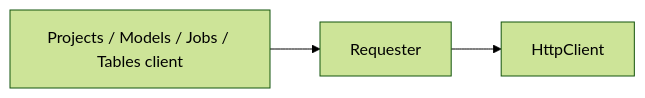
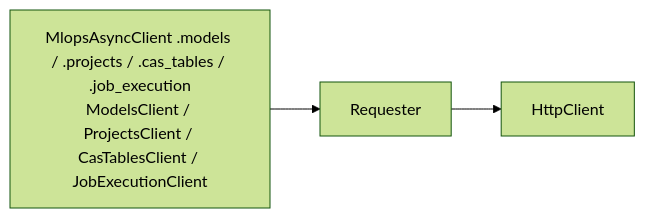
One commit to a129924/mlops-async changed the second of 4 diagrams in docs/standards/http-client-auth-boundary.md. Above: the diagram before and after it, drawn with Mermaid (forest theme). The commit also changed other lines of this file and 13 other files, not shown here.

Commit message:
feat(facade): add MlopsAsyncClient facade

````diff
--- a/docs/standards/http-client-auth-boundary.md
+++ b/docs/standards/http-client-auth-boundary.md
@@ -75,5 +74,5 @@
 ```mermaid
 flowchart LR
-    ProjectsClient["Projects / Models / Jobs / Tables client"] --> Requester["Requester"]
+    FamilyNamespaces["MlopsAsyncClient .models / .projects / .cas_tables / .job_execution\nModelsClient / ProjectsClient / CasTablesClient / JobExecutionClient"] --> Requester["Requester"]
     Requester --> HttpClient["HttpClient"]
 ```
````
